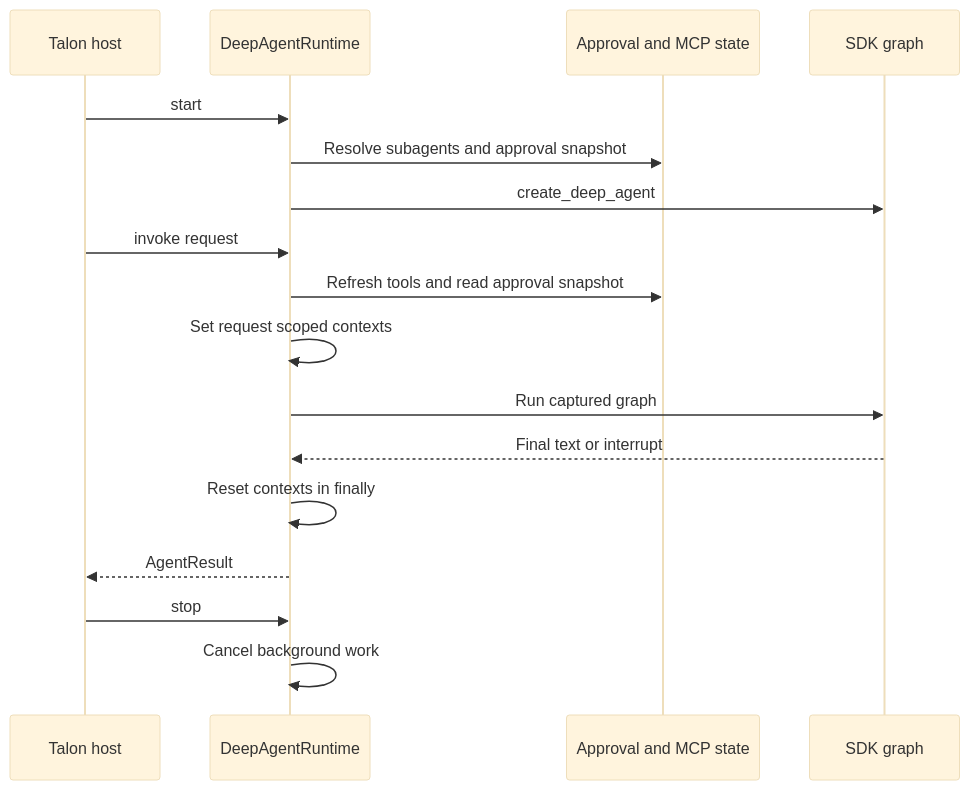
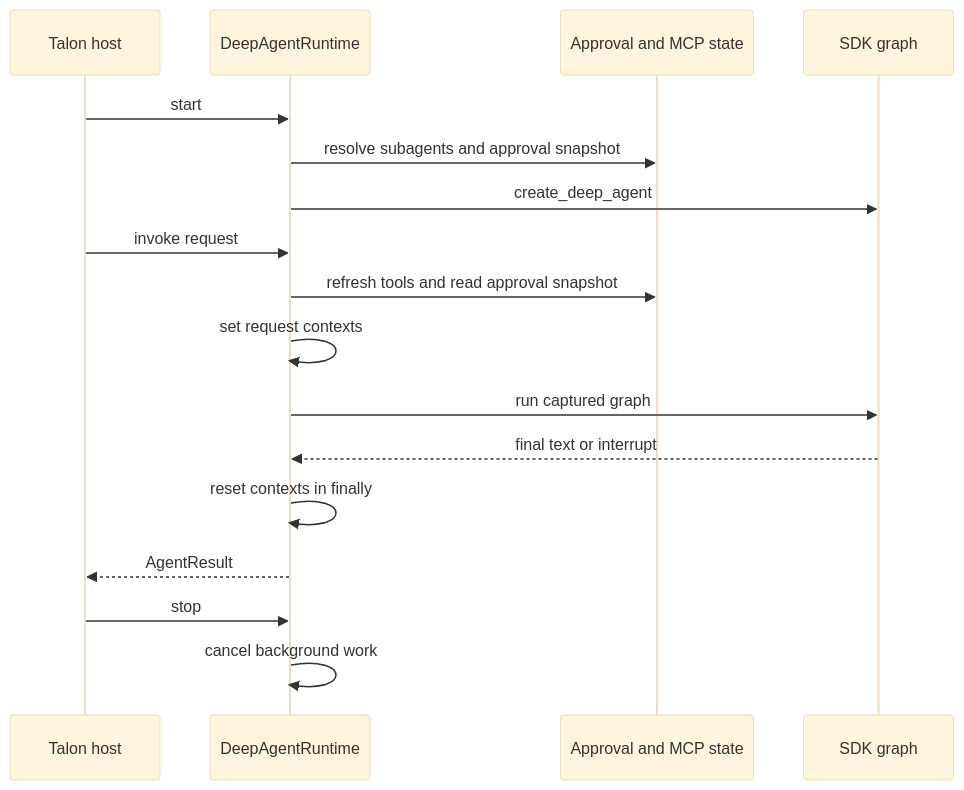
One commit to langchain-ai/deepagents changed the second of 3 diagrams in openwiki/architecture/overview.md. Above: the diagram before and after it, drawn with Mermaid (base theme). The commit also changed other lines of this file and 18 other files, not shown here.

````diff
--- a/openwiki/architecture/overview.md
+++ b/openwiki/architecture/overview.md
@@ -112,19 +121,19 @@
 ```mermaid
 sequenceDiagram
   participant Host as Talon host
   participant Runtime as DeepAgentRuntime
-  participant Store as Approval and MCP state
+  participant Policy as Approval and MCP state
   participant Graph as SDK graph
   Host->>Runtime: start
-  Runtime->>Store: Resolve subagents and approval snapshot
+  Runtime->>Policy: resolve subagents and approval snapshot
   Runtime->>Graph: create_deep_agent
   Host->>Runtime: invoke request
-  Runtime->>Store: Refresh tools and read approval snapshot
-  Runtime->>Runtime: Set request scoped contexts
-  Runtime->>Graph: Run captured graph
-  Graph-->>Runtime: Final text or interrupt
-  Runtime->>Runtime: Reset contexts in finally
+  Runtime->>Policy: refresh tools and read approval snapshot
+  Runtime->>Runtime: set request contexts
+  Runtime->>Graph: run captured graph
+  Graph-->>Runtime: final text or interrupt
+  Runtime->>Runtime: reset contexts in finally
   Runtime-->>Host: AgentResult
   Host->>Runtime: stop
-  Runtime->>Runtime: Cancel background work
+  Runtime->>Runtime: cancel background work
 ```
````
